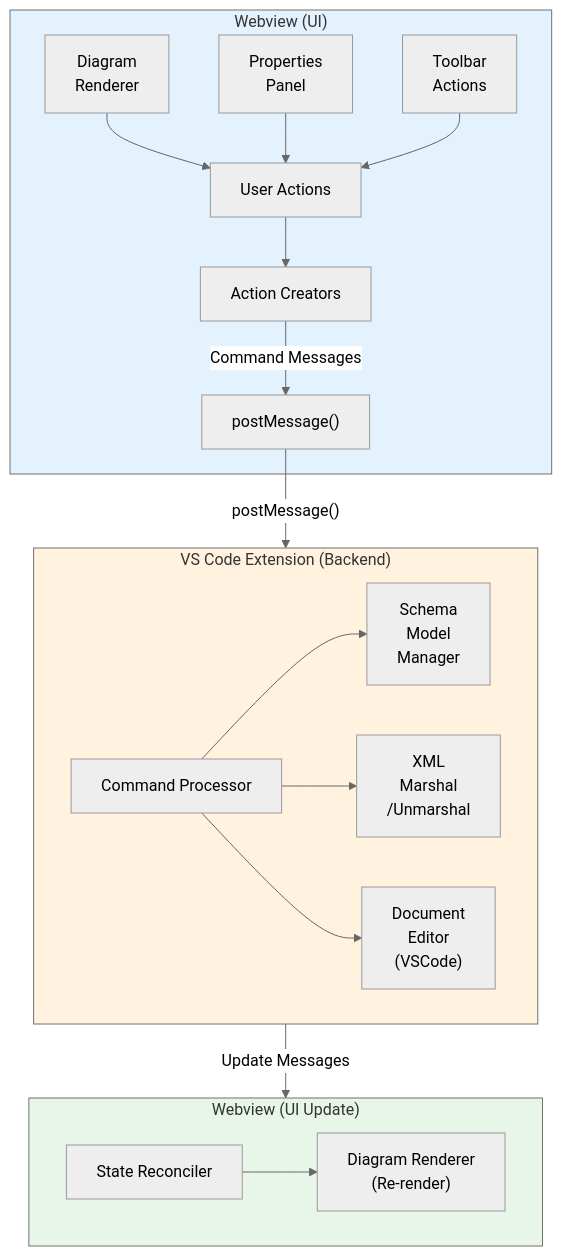
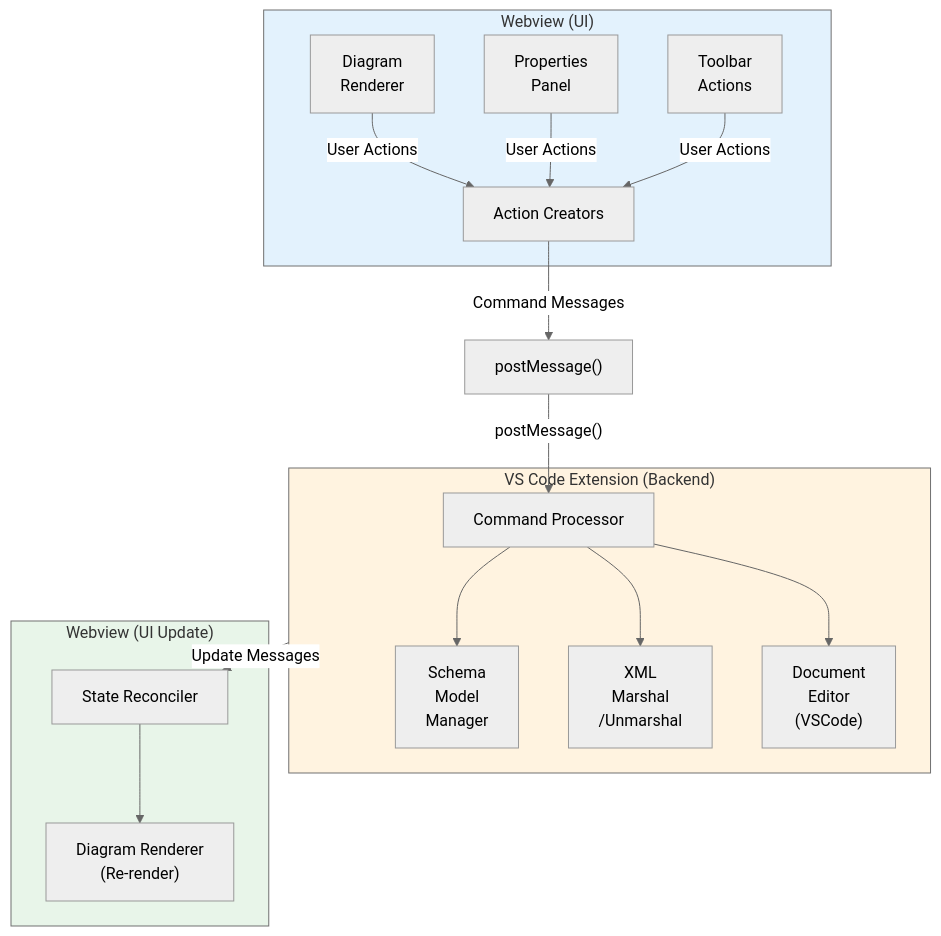
Before and after one commit to neumaennl/vscode-visual-xml-schema-editor: the first of 2 diagrams in docs/architecture/001-editor-transition.md, drawn with Mermaid (neutral theme). The commit also changed other lines of this file, not shown here.

Commit message:
Fix Mermaid diagrams: use edge labels and improve flow layout

````diff
--- a/docs/architecture/001-editor-transition.md
+++ b/docs/architecture/001-editor-transition.md
@@ -44,36 +44,34 @@
 ```mermaid
 graph TB
     subgraph Webview["Webview (UI)"]
         Diagram["Diagram<br/>Renderer"]
         Properties["Properties<br/>Panel"]
         Toolbar["Toolbar<br/>Actions"]
         
-        Diagram --> UserActions["User Actions"]
-        Properties --> UserActions
-        Toolbar --> UserActions
-        
-        UserActions --> ActionCreators["Action Creators"]
-        ActionCreators -->|Command Messages| PostMessage["postMessage()"]
+        Diagram -->|User Actions| ActionCreators["Action Creators"]
+        Properties -->|User Actions| ActionCreators
+        Toolbar -->|User Actions| ActionCreators
     end
     
-    PostMessage -->|"postMessage()"| Extension
+    ActionCreators -->|Command Messages| PostMessage["postMessage()"]
+    PostMessage -->|"postMessage()"| CommandProcessor
     
     subgraph Extension["VS Code Extension (Backend)"]
         CommandProcessor["Command Processor"]
         
         CommandProcessor --> SchemaManager["Schema<br/>Model<br/>Manager"]
         CommandProcessor --> XMLMarshal["XML<br/>Marshal<br/>/Unmarshal"]
         CommandProcessor --> DocumentEditor["Document<br/>Editor<br/>(VSCode)"]
     end
     
-    Extension -->|Update Messages| WebviewUpdate
+    Extension -->|Update Messages| StateReconciler
     
     subgraph WebviewUpdate["Webview (UI Update)"]
         StateReconciler["State Reconciler"]
         StateReconciler --> DiagramRenderer["Diagram Renderer<br/>(Re-render)"]
     end
     
     style Webview fill:#e3f2fd
     style Extension fill:#fff3e0
     style WebviewUpdate fill:#e8f5e9
 ```
````
